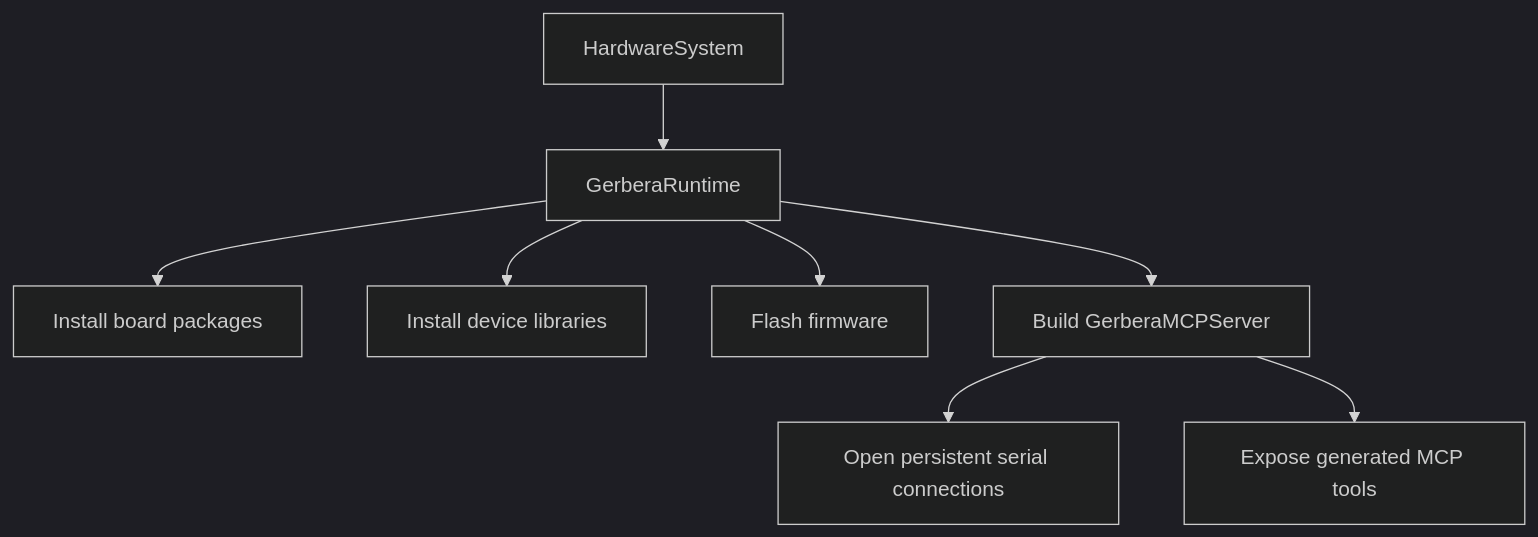
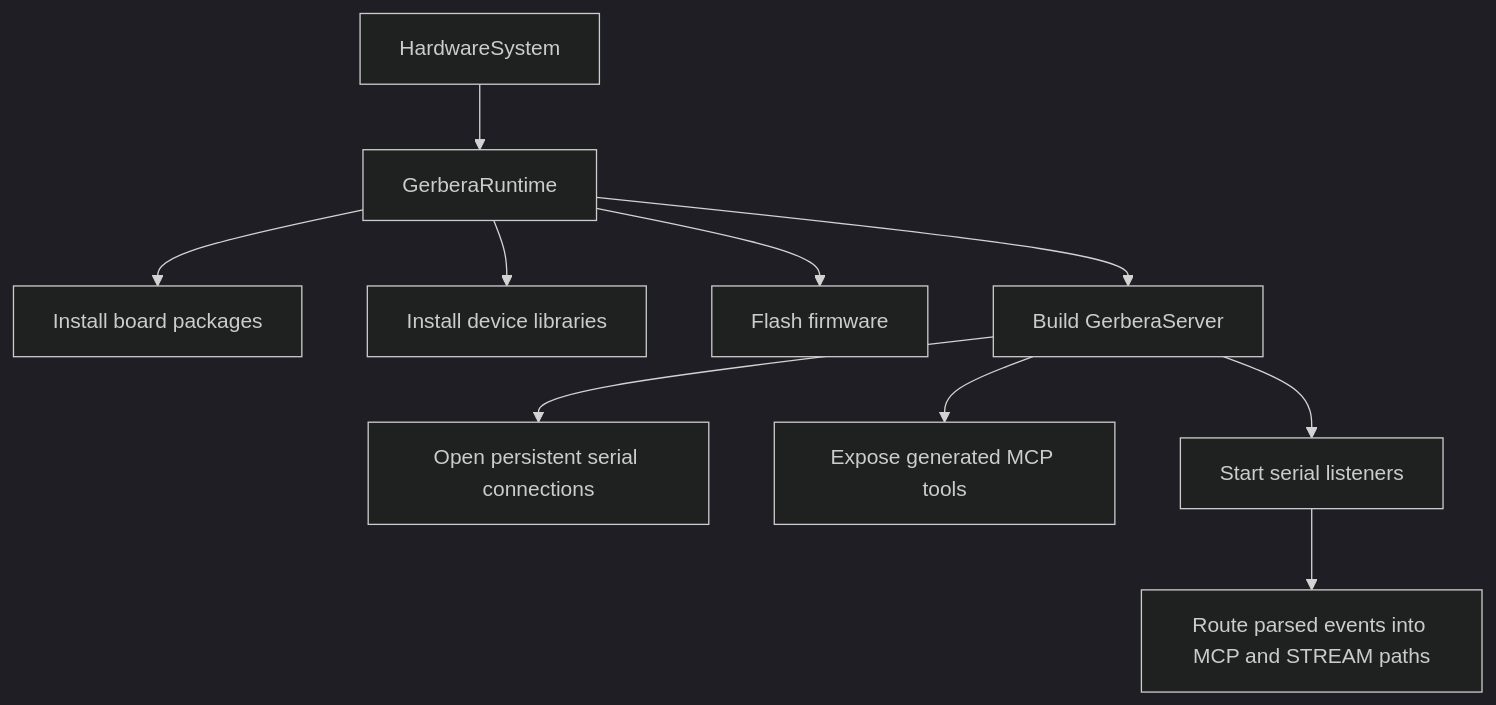
One commit to BaronLiu1993/gerbera changed the second of 3 diagrams in README.md. Above: the diagram before and after it, drawn with Mermaid (dark theme). The commit also changed other lines of this file and 5 other files, not shown here.

````diff
--- a/README.md
+++ b/README.md
@@ -190,10 +243,12 @@
 ```mermaid
 flowchart TD
     A[HardwareSystem] --> B[GerberaRuntime]
     B --> C[Install board packages]
     B --> D[Install device libraries]
     B --> E[Flash firmware]
-    B --> F[Build GerberaMCPServer]
+    B --> F[Build GerberaServer]
     F --> G[Open persistent serial connections]
     F --> H[Expose generated MCP tools]
+    F --> I[Start serial listeners]
+    I --> J[Route parsed events into MCP and STREAM paths]
 ```
````
